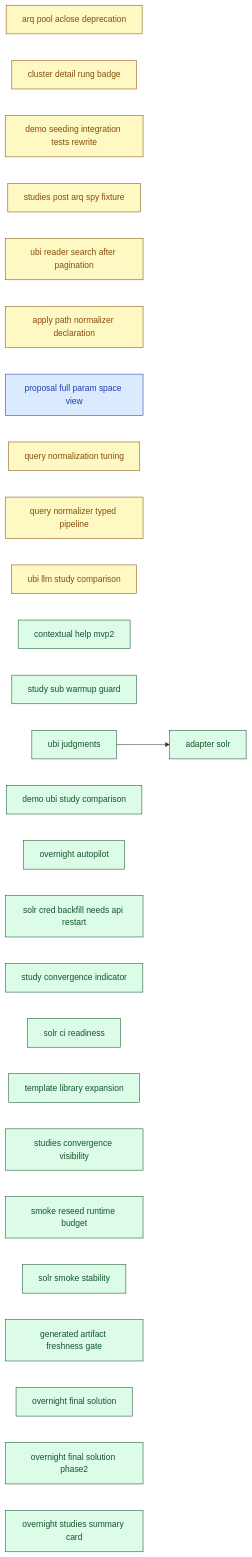
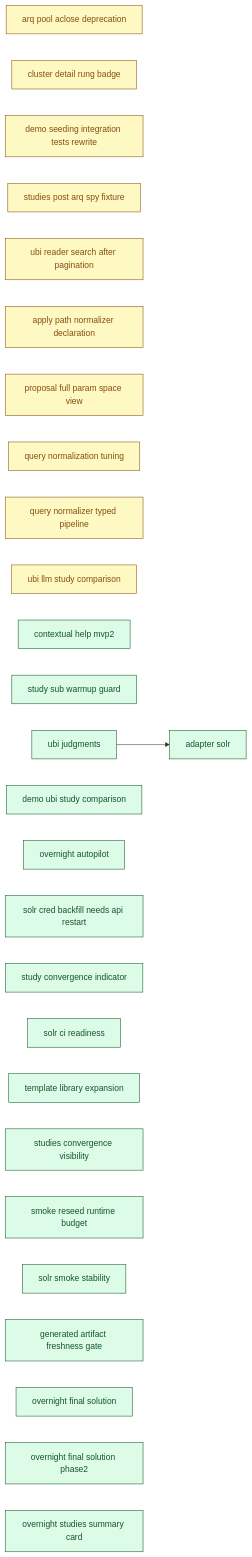
Before and after one commit to SoundMindsAI/relyloop: the diagram in docs/00_overview/MVP2_DASHBOARD.md, drawn with Mermaid. The commit also changed other lines of this file and 3 other files, not shown here.

````diff
--- a/docs/00_overview/MVP2_DASHBOARD.md
+++ b/docs/00_overview/MVP2_DASHBOARD.md
@@ -115,63 +114,63 @@
 ```mermaid
 graph LR
   classDef done fill:#dcfce7,stroke:#14532d,color:#14532d;
   classDef implement fill:#ffedd5,stroke:#9a3412,color:#9a3412;
   classDef plan fill:#fef9c3,stroke:#854d0e,color:#854d0e;
   classDef spec fill:#dbeafe,stroke:#1e40af,color:#1e40af;
   classDef idea fill:#f1f5f9,stroke:#334155,color:#334155;
   chore_arq_pool_aclose_deprecation["arq pool aclose deprecation"]
   class chore_arq_pool_aclose_deprecation plan;
   chore_cluster_detail_rung_badge["cluster detail rung badge"]
   class chore_cluster_detail_rung_badge plan;
   chore_demo_seeding_integration_tests_rewrite["demo seeding integration tests rewrite"]
   class chore_demo_seeding_integration_tests_rewrite plan;
   chore_studies_post_arq_spy_fixture["studies post arq spy fixture"]
   class chore_studies_post_arq_spy_fixture plan;
   chore_ubi_reader_search_after_pagination["ubi reader search after pagination"]
   class chore_ubi_reader_search_after_pagination plan;
   feat_apply_path_normalizer_declaration["apply path normalizer declaration"]
   class feat_apply_path_normalizer_declaration plan;
   feat_proposal_full_param_space_view["proposal full param space view"]
-  class feat_proposal_full_param_space_view spec;
+  class feat_proposal_full_param_space_view plan;
   feat_query_normalization_tuning["query normalization tuning"]
   class feat_query_normalization_tuning plan;
   feat_query_normalizer_typed_pipeline["query normalizer typed pipeline"]
   class feat_query_normalizer_typed_pipeline plan;
   feat_ubi_llm_study_comparison["ubi llm study comparison"]
   class feat_ubi_llm_study_comparison plan;
   feat_contextual_help_mvp2["contextual help mvp2"]
   class feat_contextual_help_mvp2 done;
   feat_study_sub_warmup_guard["study sub warmup guard"]
   class feat_study_sub_warmup_guard done;
   feat_ubi_judgments["ubi judgments"]
   class feat_ubi_judgments done;
   feat_demo_ubi_study_comparison["demo ubi study comparison"]
   class feat_demo_ubi_study_comparison done;
   feat_overnight_autopilot["overnight autopilot"]
   class feat_overnight_autopilot done;
   infra_adapter_solr["adapter solr"]
   class infra_adapter_solr done;
   chore_solr_cred_backfill_needs_api_restart["solr cred backfill needs api restart"]
   class chore_solr_cred_backfill_needs_api_restart done;
   feat_study_convergence_indicator["study convergence indicator"]
   class feat_study_convergence_indicator done;
   infra_solr_ci_readiness["solr ci readiness"]
   class infra_solr_ci_readiness done;
   chore_template_library_expansion["template library expansion"]
   class chore_template_library_expansion done;
   feat_studies_convergence_visibility["studies convergence visibility"]
   class feat_studies_convergence_visibility done;
   infra_smoke_reseed_runtime_budget["smoke reseed runtime budget"]
   class infra_smoke_reseed_runtime_budget done;
   infra_solr_smoke_stability["solr smoke stability"]
   class infra_solr_smoke_stability done;
   infra_generated_artifact_freshness_gate["generated artifact freshness gate"]
   class infra_generated_artifact_freshness_gate done;
   feat_overnight_final_solution["overnight final solution"]
   class feat_overnight_final_solution done;
   feat_overnight_final_solution_phase2["overnight final solution phase2"]
   class feat_overnight_final_solution_phase2 done;
   feat_overnight_studies_summary_card["overnight studies summary card"]
   class feat_overnight_studies_summary_card done;
   feat_ubi_judgments --> infra_adapter_solr
 ```
````
